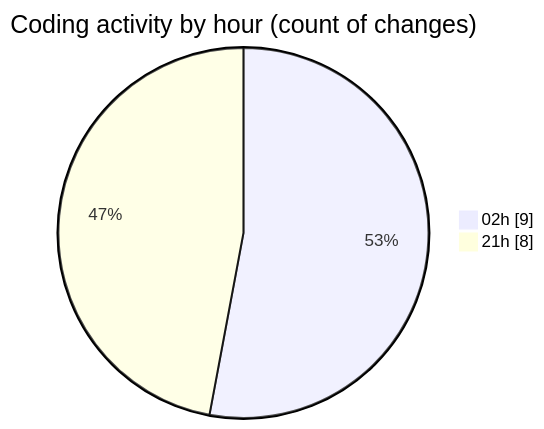
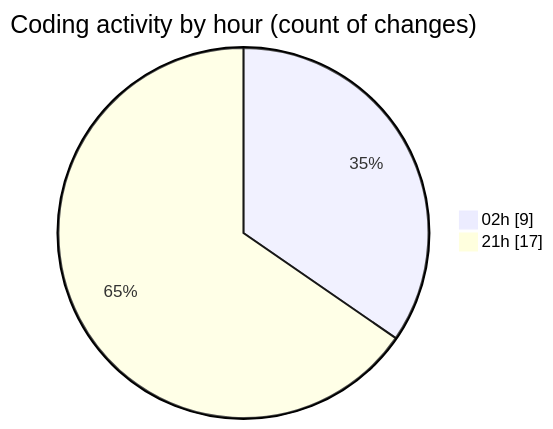
Before and after one commit to hasnaa123/code-tracking: the second of 2 diagrams in 2026-02-22/student_performance_system/README.md, drawn with Mermaid. The commit also changed other lines of this file and 1 other file, not shown here.

````diff
--- a/2026-02-22/student_performance_system/README.md
+++ b/2026-02-22/student_performance_system/README.md
@@ -28,6 +28,6 @@
 ```mermaid
 pie showData
 title Coding activity by hour (count of changes)
 "02h" : 9
-"21h" : 8
+"21h" : 17
 ```
````
